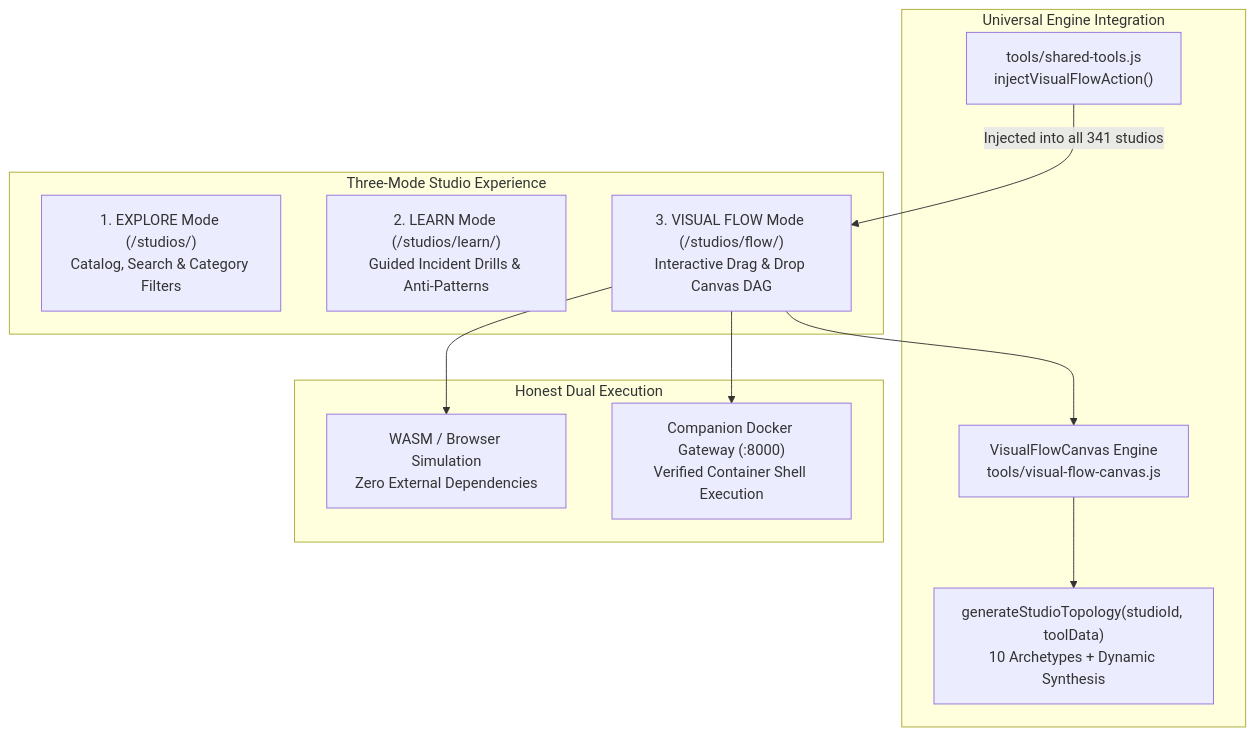
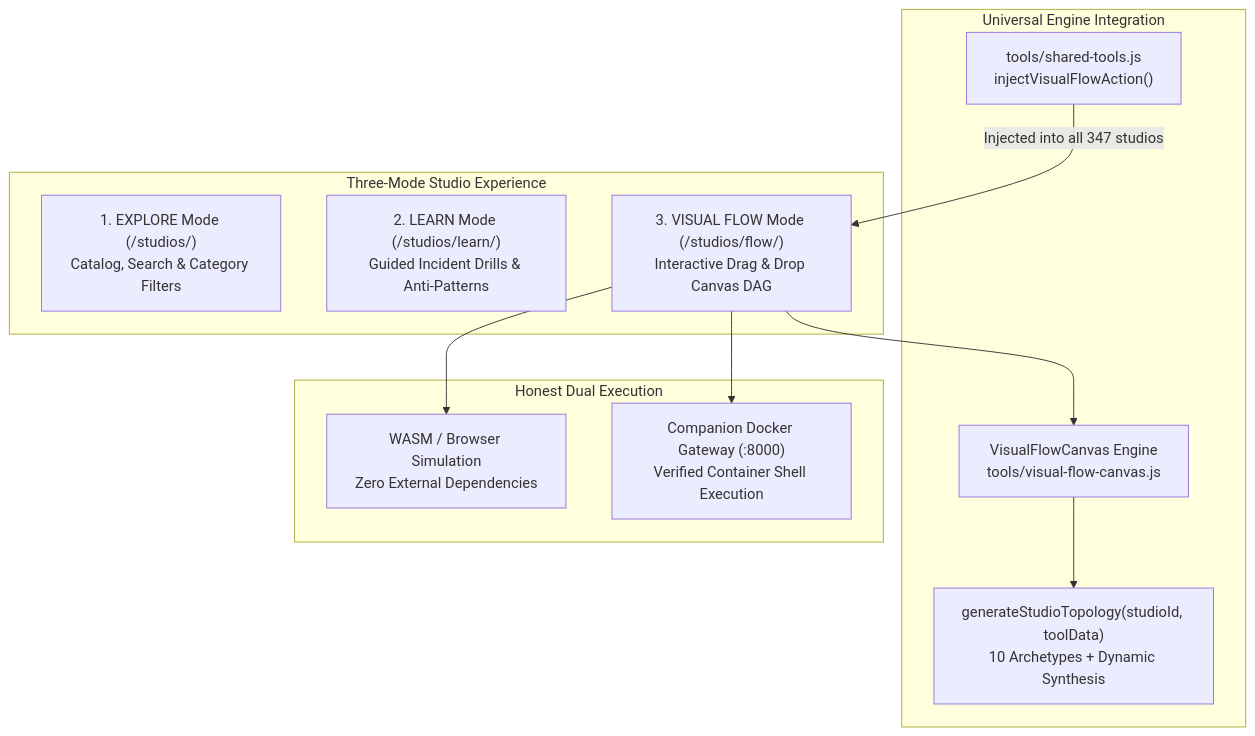
One commit to Pradeeptalari14/portfolio changed the diagram in VISUAL_FLOW_STUDIOS_SPECIFICATION.md. Above: the diagram before and after it, drawn with Mermaid. The commit also changed other lines of this file and 743 other files, not shown here.

Commit message:
feat(k8s-ecosystem): implement 6 CNCF studios with 9+ DevSecOps principles, visual flow archetype, and update catalogs to 347

````diff
--- a/VISUAL_FLOW_STUDIOS_SPECIFICATION.md
+++ b/VISUAL_FLOW_STUDIOS_SPECIFICATION.md
@@ -16,19 +16,19 @@
 ```mermaid
 graph TD
     subgraph Three-Mode Studio Experience
         E["1. EXPLORE Mode (/studios/)<br/>Catalog, Search & Category Filters"]
         L["2. LEARN Mode (/studios/learn/)<br/>Guided Incident Drills & Anti-Patterns"]
         V["3. VISUAL FLOW Mode (/studios/flow/)<br/>Interactive Drag & Drop Canvas DAG"]
     end
     
     subgraph Universal Engine Integration
-        ST["tools/shared-tools.js<br/>injectVisualFlowAction()"] -->|Injected into all 341 studios| V
+        ST["tools/shared-tools.js<br/>injectVisualFlowAction()"] -->|Injected into all 347 studios| V
         V --> TOP["VisualFlowCanvas Engine<br/>tools/visual-flow-canvas.js"]
         TOP --> TopoGen["generateStudioTopology(studioId, toolData)<br/>10 Archetypes + Dynamic Synthesis"]
     end
 
     subgraph Honest Dual Execution
         V --> WASM["WASM / Browser Simulation<br/>Zero External Dependencies"]
         V --> DOCKER["Companion Docker Gateway (:8000)<br/>Verified Container Shell Execution"]
     end
 ```
````
